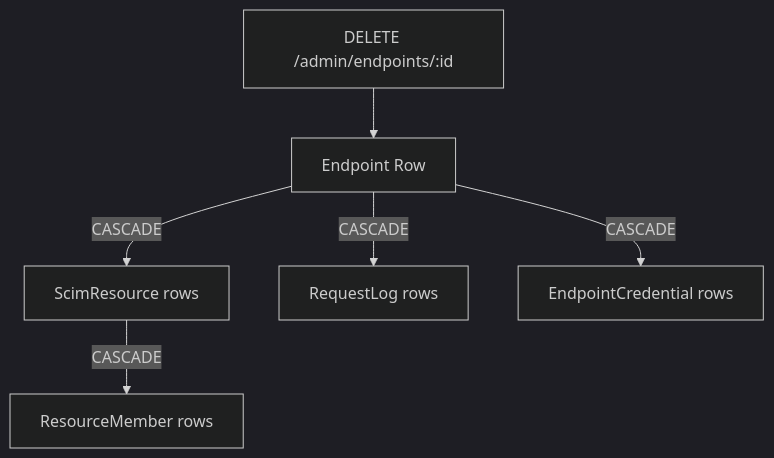
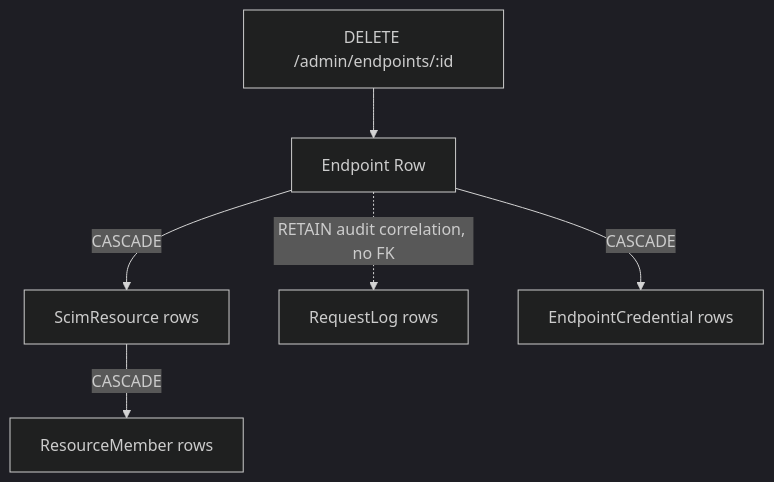
Before and after one commit to pranems/SCIMServer: the third of 6 diagrams in docs/MULTI_ENDPOINT_GUIDE.md, drawn with Mermaid (dark theme). The commit also changed other lines of this file and 35 other files, not shown here.

````diff
--- a/docs/MULTI_ENDPOINT_GUIDE.md
+++ b/docs/MULTI_ENDPOINT_GUIDE.md
@@ -106,8 +110,8 @@
 ```mermaid
 flowchart TD
     DEL[DELETE /admin/endpoints/:id] --> E[Endpoint Row]
     E -->|CASCADE| R[ScimResource rows]
-    E -->|CASCADE| L[RequestLog rows]
+    E -.->|"RETAIN audit correlation, no FK"| L["RequestLog rows"]
     E -->|CASCADE| C[EndpointCredential rows]
     R -->|CASCADE| M[ResourceMember rows]
 ```
````
